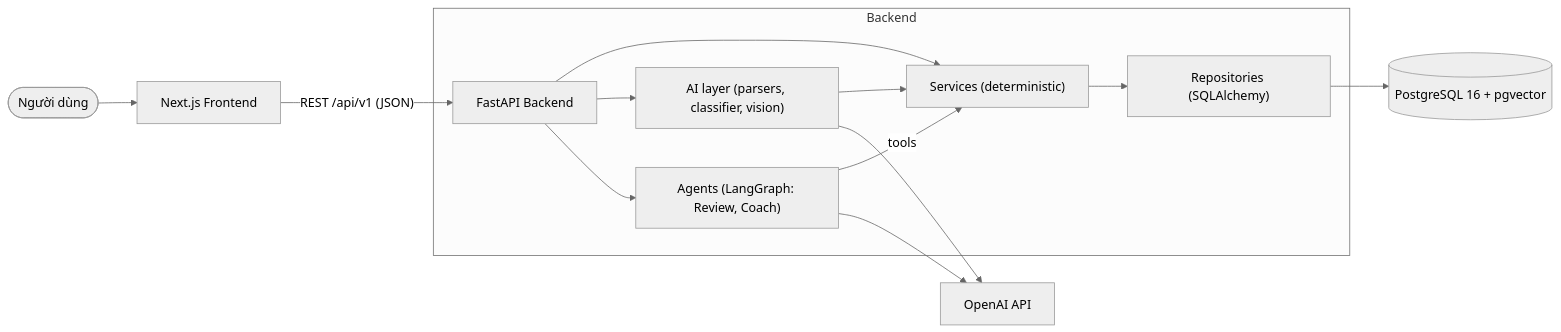
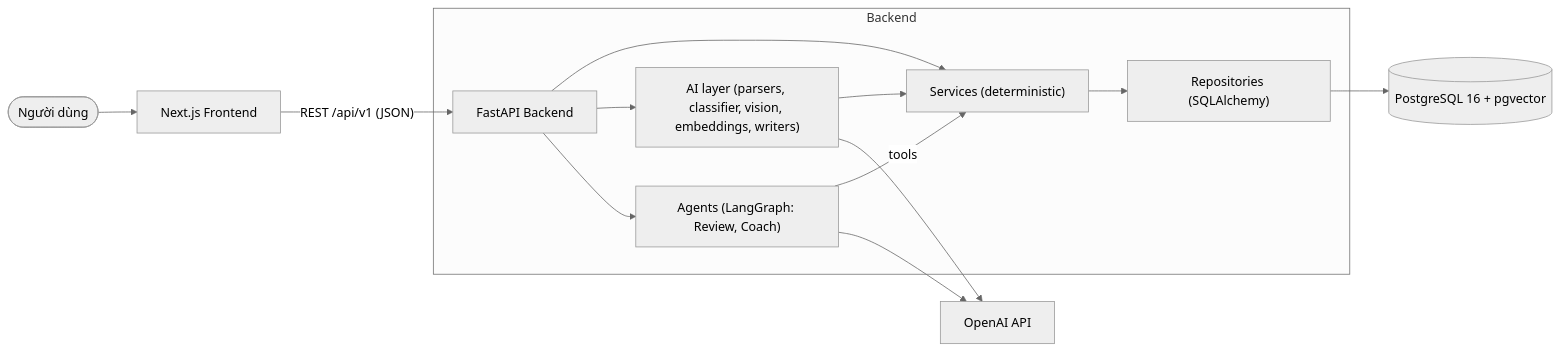
The diagram in docs/architecture/overview.md (dangbh96/AI-personal-finance-assistant), drawn with Mermaid (neutral theme) before and after one commit. The commit also changed other lines of this file and 45 other files, not shown here.

````diff
--- a/docs/architecture/overview.md
+++ b/docs/architecture/overview.md
@@ -31,16 +31,16 @@
 ```mermaid
 flowchart LR
     U(["Người dùng"]) --> FE["Next.js Frontend"]
     FE -->|"REST /api/v1 (JSON)"| API["FastAPI Backend"]
     subgraph BE ["Backend"]
         API --> SVC["Services (deterministic)"]
-        API --> AI["AI layer (parsers, classifier, vision)"]
+        API --> AI["AI layer (parsers, classifier, vision, embeddings, writers)"]
         API --> AG["Agents (LangGraph: Review, Coach)"]
         AG -->|"tools"| SVC
         AI --> SVC
         SVC --> REPO["Repositories (SQLAlchemy)"]
     end
     REPO --> DB[("PostgreSQL 16 + pgvector")]
     AI --> OAI["OpenAI API"]
     AG --> OAI
 ```
````
